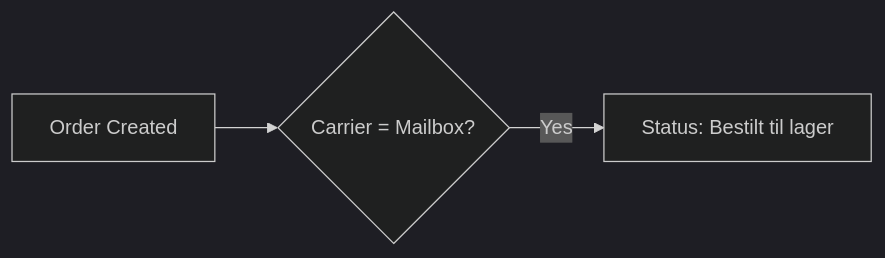
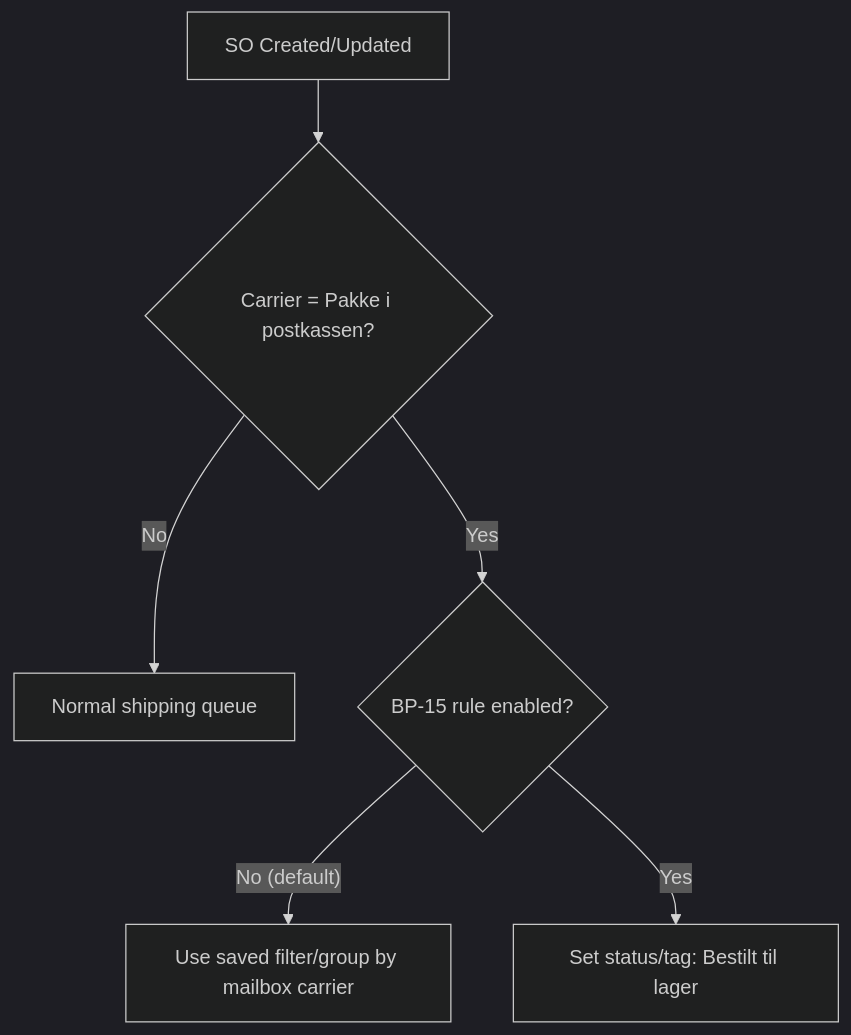
One commit to ozan-droid/documents changed diagram 15 of 15 in bp-automations.md. Above: the diagram before and after it, drawn with Mermaid (dark theme). The commit also changed other lines of this file, not shown here.

````diff
--- a/bp-automations.md
+++ b/bp-automations.md
@@ -333,5 +393,8 @@
 ```mermaid
-graph LR
-    A["Order Created"] --> B{"Carrier = Mailbox?"}
-    B -- Yes --> C["Status: Bestilt til lager"]
+graph TD
+    A["SO Created/Updated"] --> B{"Carrier = Pakke i postkassen?"}
+    B -- No --> C["Normal shipping queue"]
+    B -- Yes --> D{"BP-15 rule enabled?"}
+    D -- No (default) --> E["Use saved filter/group by mailbox carrier"]
+    D -- Yes --> F["Set status/tag: Bestilt til lager"]
 ```
````
